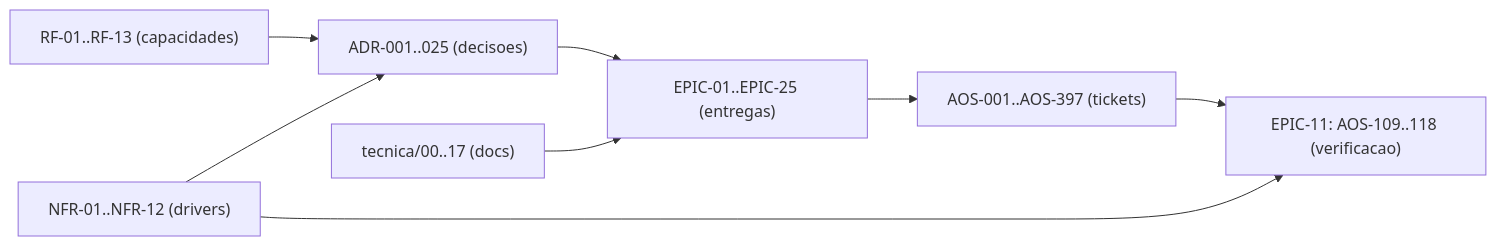
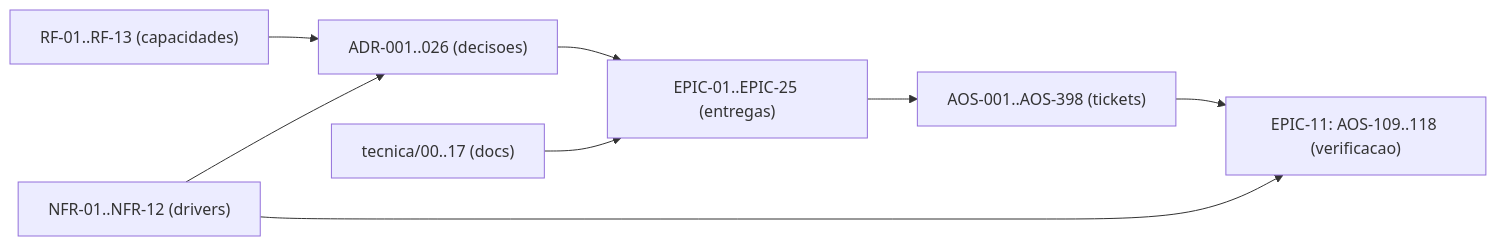
One commit to albinoJimy/aos changed the diagram in tecnica/16_Rastreabilidade_RTM.md. Above: the diagram before and after it, drawn with Mermaid. The commit also changed other lines of this file and 20 other files, not shown here.

````diff
--- a/tecnica/16_Rastreabilidade_RTM.md
+++ b/tecnica/16_Rastreabilidade_RTM.md
@@ -183,10 +185,10 @@
 ```mermaid
 flowchart LR
-    RF["RF-01..RF-13 (capacidades)"] --> ADR["ADR-001..025 (decisoes)"]
+    RF["RF-01..RF-13 (capacidades)"] --> ADR["ADR-001..026 (decisoes)"]
     NFR["NFR-01..NFR-12 (drivers)"] --> ADR
     ADR --> EPIC["EPIC-01..EPIC-25 (entregas)"]
-    EPIC --> TICK["AOS-001..AOS-397 (tickets)"]
+    EPIC --> TICK["AOS-001..AOS-398 (tickets)"]
     DOC["tecnica/00..17 (docs)"] --> EPIC
     TICK --> TEST["EPIC-11: AOS-109..118 (verificacao)"]
     NFR --> TEST
 ```
````
